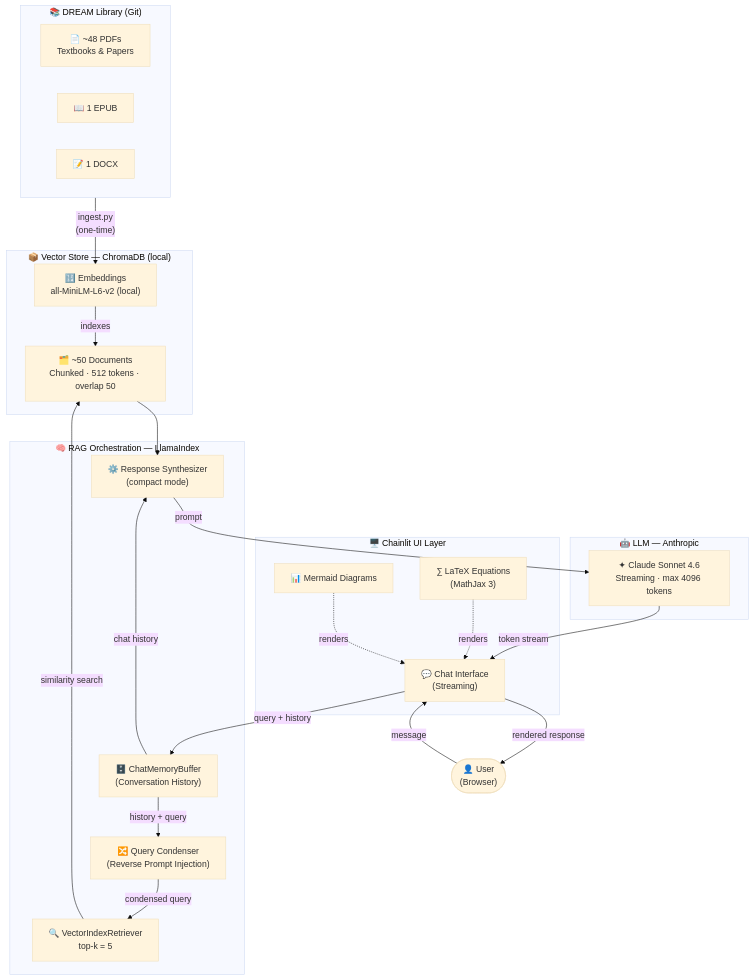
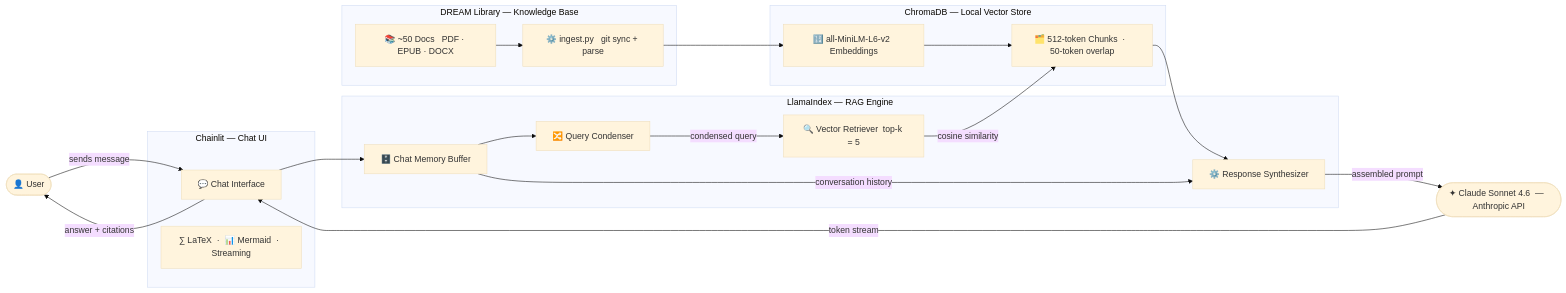
The first of 2 diagrams in README.md (Indranil-Seal/conquest.ai), drawn with Mermaid (base theme) before and after one commit. The commit also changed other lines of this file, not shown here.

Commit message:
Fix architecture diagram: switch to LR layout with single-line node labels

````diff
--- a/README.md
+++ b/README.md
@@ -42,47 +42,42 @@
 ```mermaid
-flowchart TD
-    User(["👤 User\n(Browser)"])
+flowchart LR
+    User(["👤 User"])
 
-    subgraph UI ["🖥️ Chainlit UI Layer"]
-        Chat["💬 Chat Interface\n(Streaming)"]
-        LaTeX["∑ LaTeX Equations\n(MathJax 3)"]
-        Mermaid["📊 Mermaid Diagrams"]
+    subgraph UI ["Chainlit — Chat UI"]
+        Chat["💬 Chat Interface"]
+        Render["∑ LaTeX  ·  📊 Mermaid  ·  Streaming"]
     end
 
-    subgraph RAG ["🧠 RAG Orchestration — LlamaIndex"]
-        Memory["🗄️ ChatMemoryBuffer\n(Conversation History)"]
-        Condense["🔀 Query Condenser\n(Reverse Prompt Injection)"]
-        Retriever["🔍 VectorIndexRetriever\ntop-k = 5"]
-        Synthesizer["⚙️ Response Synthesizer\n(compact mode)"]
+    subgraph Engine ["LlamaIndex — RAG Engine"]
+        Memory["🗄️ Chat Memory Buffer"]
+        Condenser["🔀 Query Condenser"]
+        Retriever["🔍 Vector Retriever  top-k = 5"]
+        Synth["⚙️ Response Synthesizer"]
     end
 
-    subgraph LLM ["🤖 LLM — Anthropic"]
-        Claude["✦ Claude Sonnet 4.6\nStreaming · max 4096 tokens"]
+    subgraph VecStore ["ChromaDB — Local Vector Store"]
+        Embed["🔢 all-MiniLM-L6-v2  Embeddings"]
+        Chunks["🗂️ 512-token Chunks  ·  50-token overlap"]
     end
 
-    subgraph VDB ["📦 Vector Store — ChromaDB (local)"]
-        Chunks["🗂️ ~50 Documents\nChunked · 512 tokens · overlap 50"]
-        Embed["🔢 Embeddings\nall-MiniLM-L6-v2 (local)"]
+    Claude(["✦ Claude Sonnet 4.6  —  Anthropic API"])
+
+    subgraph Library ["DREAM Library — Knowledge Base"]
+        Docs["📚 ~50 Docs   PDF · EPUB · DOCX"]
+        Ingest["⚙️ ingest.py   git sync + parse"]
     end
 
-    subgraph DREAM ["📚 DREAM Library (Git)"]
-        PDFs["📄 ~48 PDFs\nTextbooks & Papers"]
-        EPUB["📖 1 EPUB"]
-        DOCX["📝 1 DOCX"]
-    end
-
-    User -->|"message"| Chat
-    Chat -->|"query + history"| Memory
-    Memory -->|"history + query"| Condense
-    Condense -->|"condensed query"| Retriever
-    Retriever -->|"similarity search"| Chunks
-    Chunks --> Synthesizer
-    Memory -->|"chat history"| Synthesizer
-    Synthesizer -->|"prompt"| Claude
-    Claude -->|"token stream"| Chat
-    Chat -->|"rendered response"| User
-    LaTeX -.->|"renders"| Chat
-    Mermaid -.->|"renders"| Chat
-    Embed -->|"indexes"| Chunks
-    DREAM -->|"ingest.py\n(one-time)"| Embed
+    User              -->|"sends message"     | Chat
+    Chat              -->                       Memory
+    Memory            -->                       Condenser
+    Condenser         -->|"condensed query"   | Retriever
+    Retriever         -->|"cosine similarity" | Chunks
+    Chunks            -->                       Synth
+    Memory            -->|"conversation history"| Synth
+    Synth             -->|"assembled prompt"  | Claude
+    Claude            -->|"token stream"      | Chat
+    Chat              -->|"answer + citations"| User
+    Docs              -->                       Ingest
+    Ingest            -->                       Embed
+    Embed             -->                       Chunks
 ```
````
